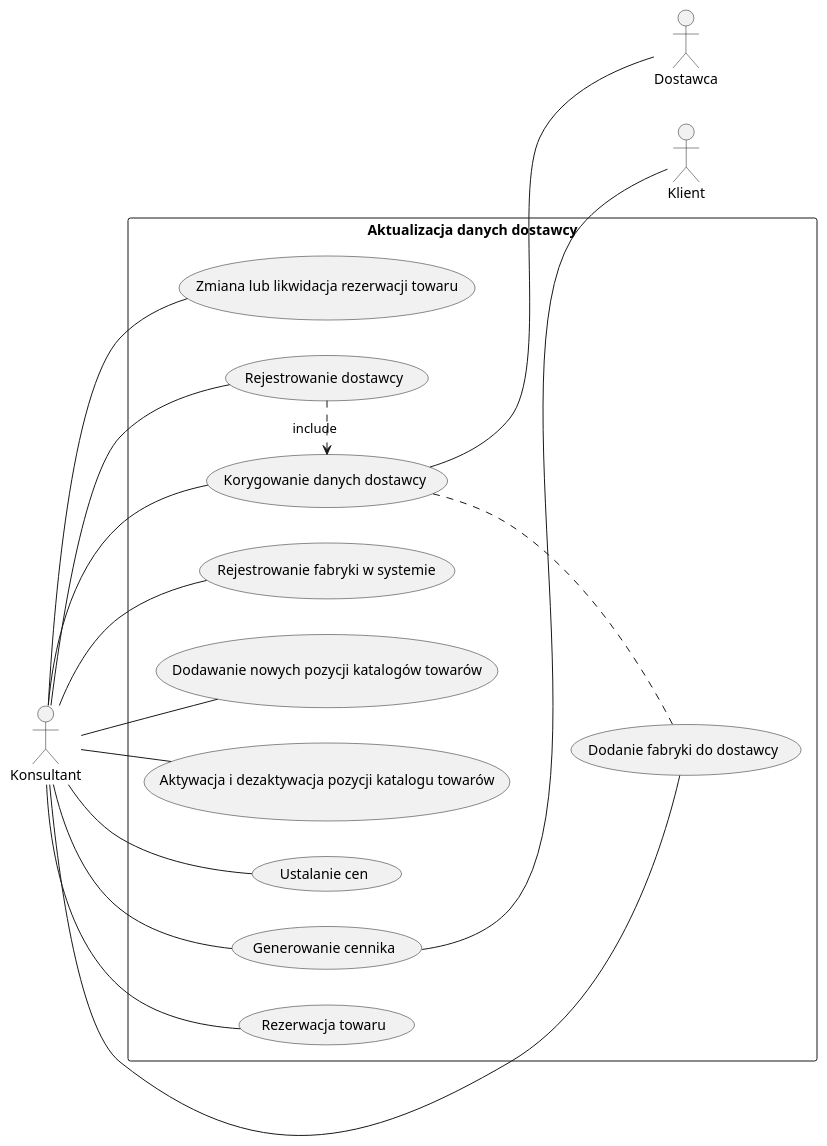
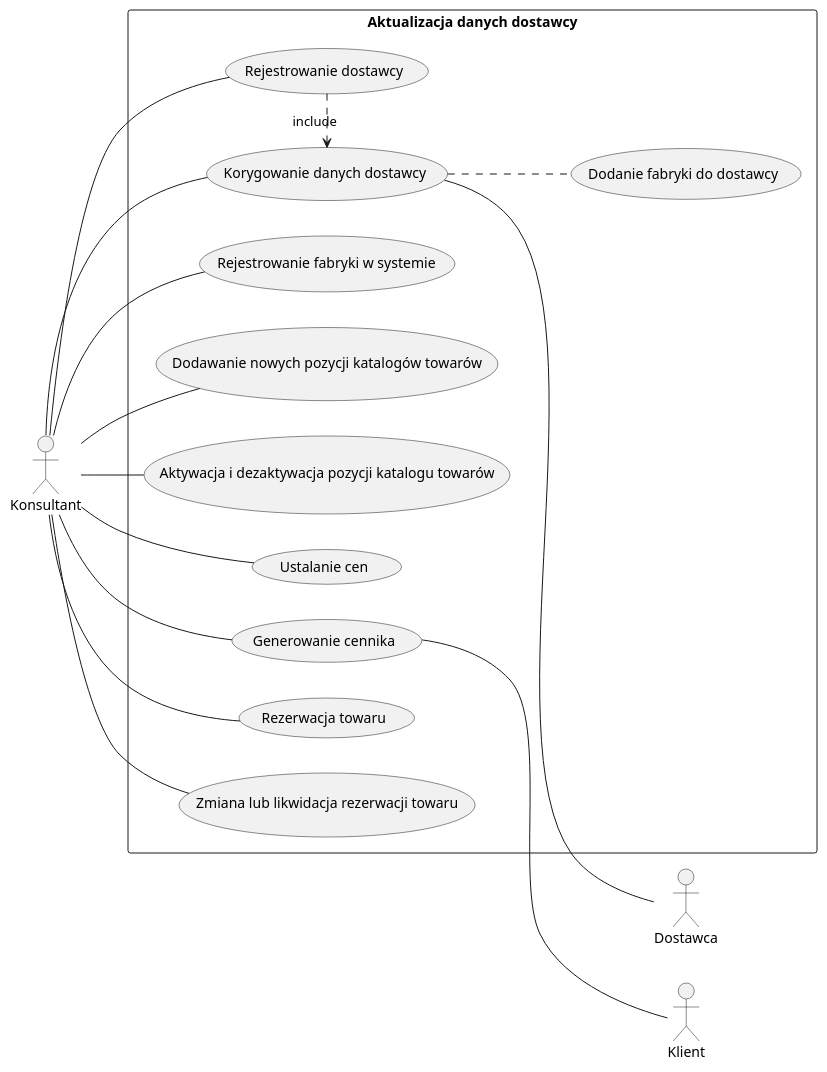
Before and after one commit to pixellos/Agh.5.Psi: the second of 17 diagrams in src/Projekt systemu.md, drawn with PlantUML. The commit also changed other lines of this file, not shown here.

````diff
--- a/src/Projekt systemu.md
+++ b/src/Projekt systemu.md
@@ -715,25 +711,24 @@
 ```plantuml 2.4.1
 @startuml
 left to right direction
 skinparam packageStyle rectangle
 actor Konsultant
 actor Dostawca
 actor Klient
 rectangle "Aktualizacja danych dostawcy" {
     (Korygowanie danych dostawcy) ..  (Dodanie fabryki do dostawcy)
     (Rejestrowanie dostawcy) .> (Korygowanie danych dostawcy) : include
     Konsultant -- (Rejestrowanie dostawcy)
     Konsultant -- (Rejestrowanie fabryki w systemie)
-    Konsultant -- (Dodanie fabryki do dostawcy)
     Konsultant -- (Korygowanie danych dostawcy)
     (Korygowanie danych dostawcy) -- Dostawca
     (Konsultant) -- (Dodawanie nowych pozycji katalogów towarów)
     (Konsultant) -- (Aktywacja i dezaktywacja pozycji katalogu towarów)
     (Konsultant) -- (Ustalanie cen)
     (Konsultant) -- (Generowanie cennika)
     (Konsultant) -- (Rezerwacja towaru)
     (Konsultant) -- (Zmiana lub likwidacja rezerwacji towaru)
     (Generowanie cennika) -- Klient
 }
 @enduml
 ```
````
